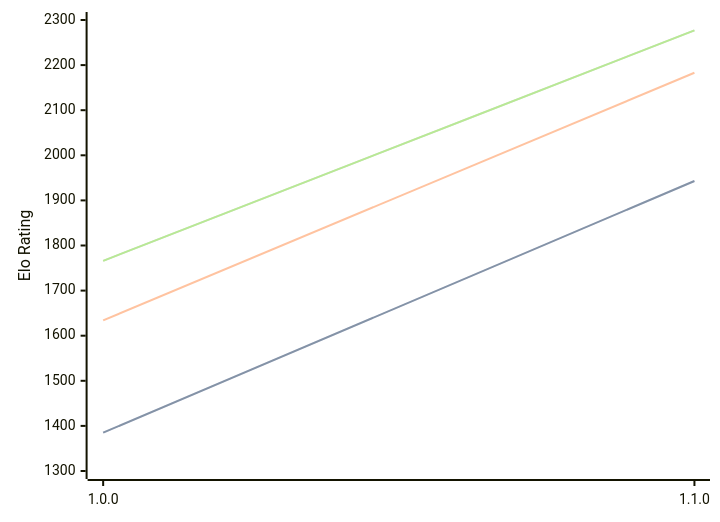
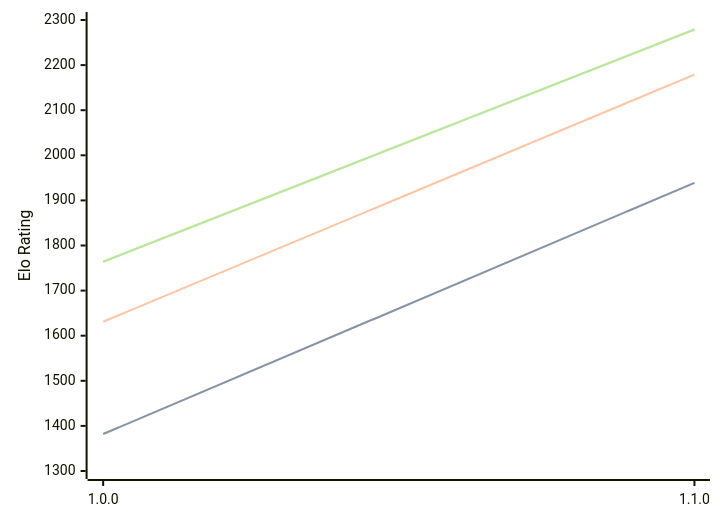
Before and after one commit to computer-chess-index/cci: the diagram in engines/Akerbeltz.md, drawn with Mermaid. The commit also changed other lines of this file, not shown here.

Commit message:
Update CCI Ratings (ELO VLTC) - 2026-05-22

````diff
--- a/engines/Akerbeltz.md
+++ b/engines/Akerbeltz.md
@@ -32,11 +32,11 @@
 ```mermaid
 %%{init: {"theme":"base","themeVariables":{"seriesColors:['#a3a3a3','#222221','#faa371']}}}%%
 xychart-beta
   x-axis ["1.0.0", "1.1.0"]
   y-axis "Elo Rating" 1300 --> 2300
-  line "STC (8.0+0.08s)" [1385, 1943]
-  line "STC (8.0+0.08s)" [1385, 1943]
-  line "LTC (60.0+0.60s)" [1634, 2183]
-  line "VLTC (2m24s+1.12s)" [1766, 2277]
-  line "VLTC (2m24s+1.12s)" [1766, 2277]
+  line "STC (8.0+0.08s)" [1382, 1939]
+  line "STC (8.0+0.08s)" [1382, 1939]
+  line "LTC (60.0+0.60s)" [1631, 2179]
+  line "VLTC (2m24s+1.12s)" [1764, 2279]
+  line "VLTC (2m24s+1.12s)" [1764, 2279]
 ```
````
